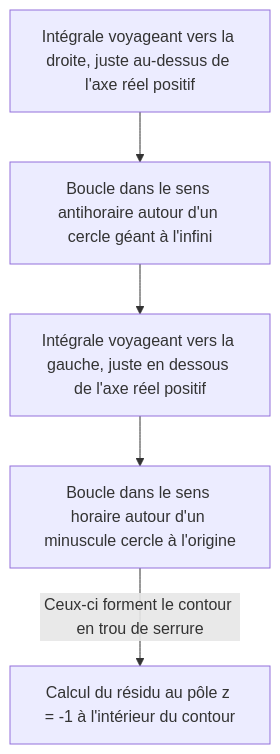
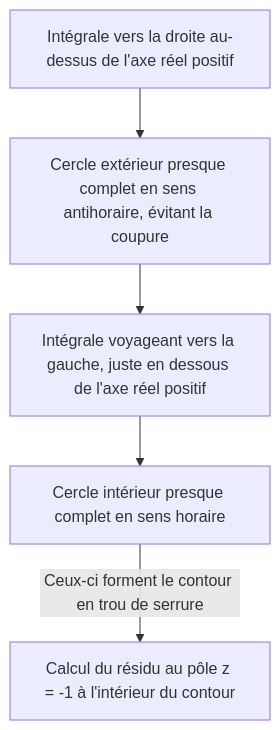
The third of 3 diagrams in content/post/residue-theorem/index.fr.md (kenjinote/blog), drawn with Mermaid before and after one commit. The commit also changed other lines of this file and 8 other files, not shown here.

````diff
--- a/content/post/residue-theorem/index.fr.md
+++ b/content/post/residue-theorem/index.fr.md
@@ -166,7 +167,7 @@
 ```mermaid
 flowchart TD
-    A["Intégrale voyageant vers la droite, juste au-dessus de l'axe réel positif"] --> B["Boucle dans le sens antihoraire autour d'un cercle géant à l'infini"]
+    A["Intégrale vers la droite au-dessus de l'axe réel positif"] --> B["Cercle extérieur presque complet en sens antihoraire, évitant la coupure"]
     B --> C["Intégrale voyageant vers la gauche, juste en dessous de l'axe réel positif"]
-    C --> D["Boucle dans le sens horaire autour d'un minuscule cercle à l'origine"]
+    C --> D["Cercle intérieur presque complet en sens horaire"]
     D -->|"Ceux-ci forment le contour en trou de serrure"| E["Calcul du résidu au pôle z = -1 à l'intérieur du contour"]
 ```
````
